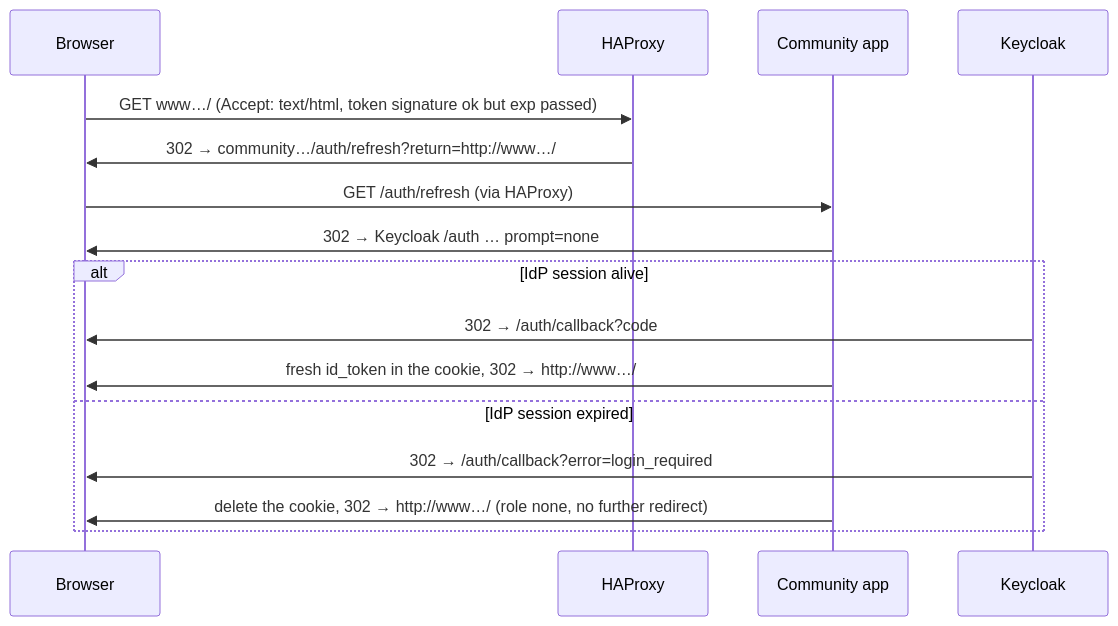
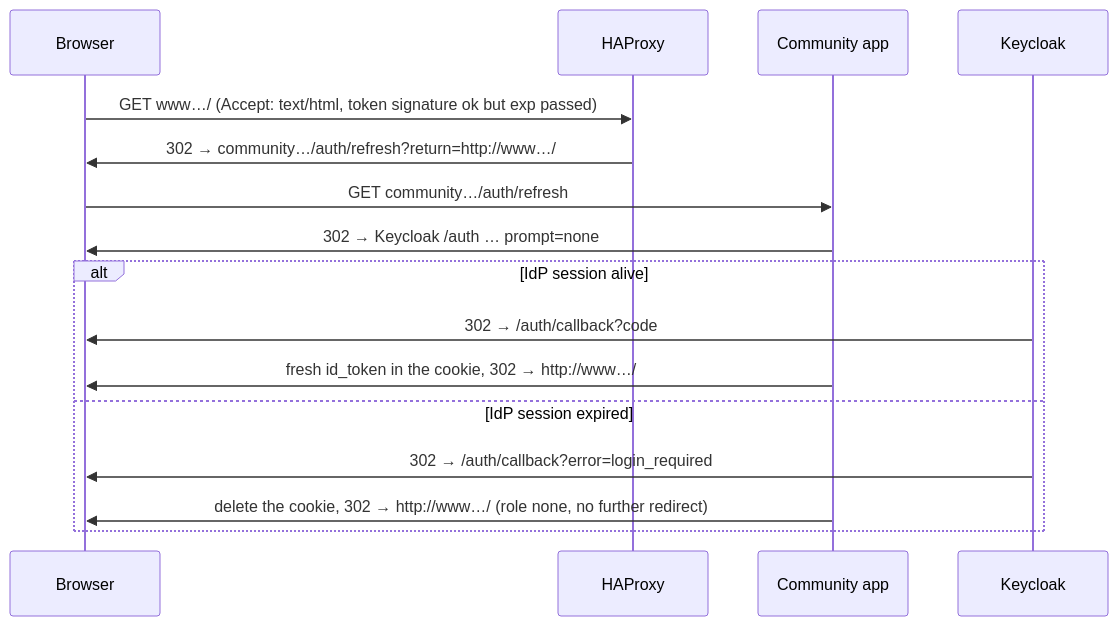
One commit to correctiv/oidc-wp-prototype changed the fourth of 4 diagrams in README.md. Above: the diagram before and after it, drawn with Mermaid. The commit also changed other lines of this file and 13 other files, not shown here.

````diff
--- a/README.md
+++ b/README.md
@@ -120,18 +135,18 @@
 ```mermaid
 sequenceDiagram
     participant B as Browser
     participant H as HAProxy
     participant C as Community app
     participant K as Keycloak
     B->>H: GET www…/ (Accept: text/html, token signature ok but exp passed)
     H->>B: 302 → community…/auth/refresh?return=http://www…/
-    B->>C: GET /auth/refresh (via HAProxy)
+    B->>C: GET community…/auth/refresh
     C->>B: 302 → Keycloak /auth … prompt=none
     alt IdP session alive
         K->>B: 302 → /auth/callback?code
         C->>B: fresh id_token in the cookie, 302 → http://www…/
     else IdP session expired
         K->>B: 302 → /auth/callback?error=login_required
         C->>B: delete the cookie, 302 → http://www…/ (role none, no further redirect)
     end
 ```
````
